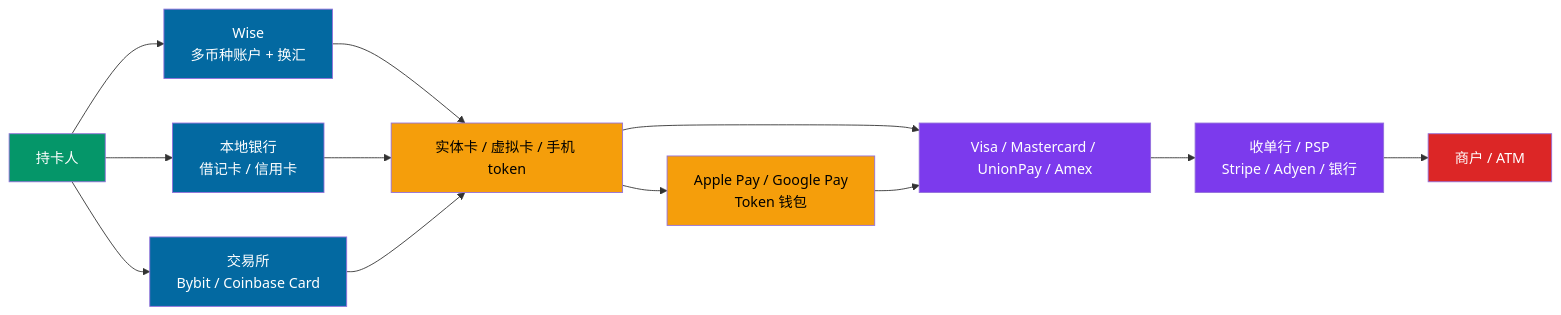
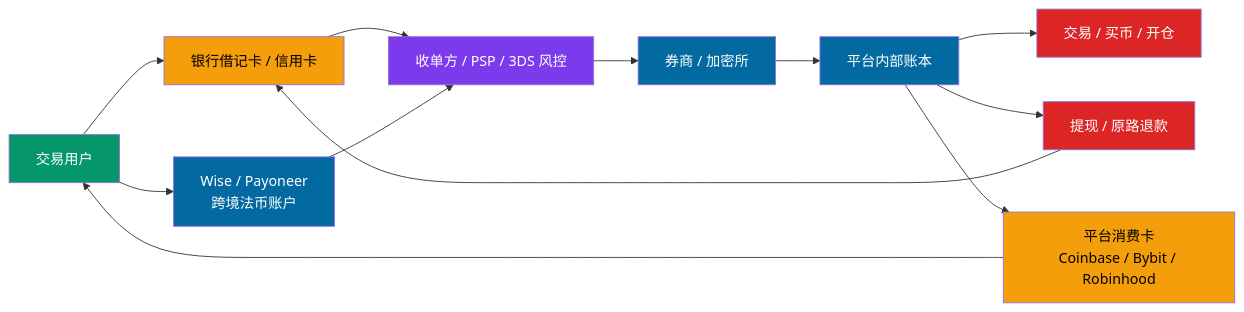
The sixth of 9 diagrams in zh/04-relationships/04-visual-graph.md (StrangeXin/trading-platforms-atlas), drawn with Mermaid before and after one commit. The commit also changed other lines of this file and 7 other files, not shown here.

````diff
--- a/zh/04-relationships/04-visual-graph.md
+++ b/zh/04-relationships/04-visual-graph.md
@@ -198,36 +198,30 @@
 ```mermaid
 flowchart LR
-  USER[持卡人]
-  WISE[Wise<br/>多币种账户 + 换汇]
-  BANK[本地银行<br/>借记卡 / 信用卡]
-  CRYPTO[交易所<br/>Bybit / Coinbase Card]
-  WALLET[Apple Pay / Google Pay<br/>Token 钱包]
-  CARD[实体卡 / 虚拟卡 / 手机 token]
-  NETWORK[Visa / Mastercard / UnionPay / Amex]
-  ACQ[收单行 / PSP<br/>Stripe / Adyen / 银行]
-  MERCHANT[商户 / ATM]
+  USER[交易用户]
+  BANKCARD[银行借记卡 / 信用卡]
+  WISE[Wise / Payoneer<br/>跨境法币账户]
+  PSP[收单方 / PSP / 3DS 风控]
+  PLATFORM[券商 / 加密所]
+  LEDGER[平台内部账本]
+  TRADE[交易 / 买币 / 开仓]
+  REFUND[提现 / 原路退款]
+  SPENDCARD[平台消费卡<br/>Coinbase / Bybit / Robinhood]
 
-  USER --> WISE
-  USER --> BANK
-  USER --> CRYPTO
-  WISE --> CARD
-  BANK --> CARD
-  CRYPTO --> CARD
-  CARD --> WALLET
-  CARD --> NETWORK
-  WALLET --> NETWORK
-  NETWORK --> ACQ
-  ACQ --> MERCHANT
+  USER --> BANKCARD --> PSP --> PLATFORM
+  USER --> WISE --> PSP
+  PLATFORM --> LEDGER --> TRADE
+  LEDGER --> REFUND --> BANKCARD
+  LEDGER --> SPENDCARD --> USER
 
   classDef user fill:#059669,color:#fff
   classDef account fill:#0369a1,color:#fff
   classDef card fill:#f59e0b,color:#000
   classDef network fill:#7c3aed,color:#fff
   classDef merchant fill:#dc2626,color:#fff
 
   class USER user
-  class WISE,BANK,CRYPTO account
-  class CARD,WALLET card
-  class NETWORK,ACQ network
-  class MERCHANT merchant
+  class WISE,PLATFORM,LEDGER account
+  class BANKCARD,SPENDCARD card
+  class PSP network
+  class TRADE,REFUND merchant
 ```
````
